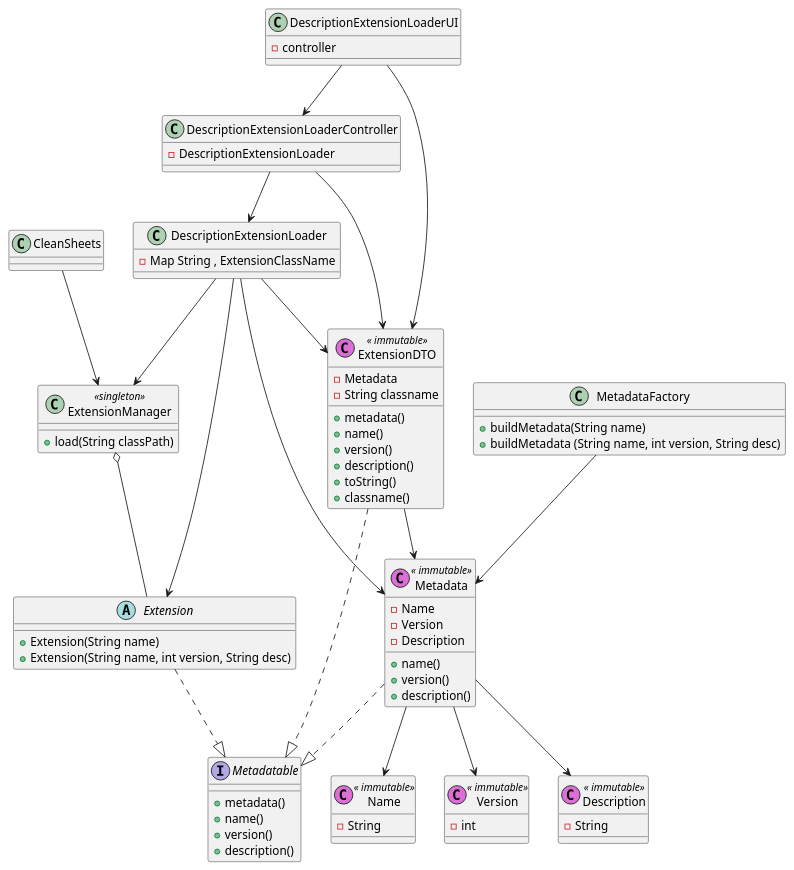
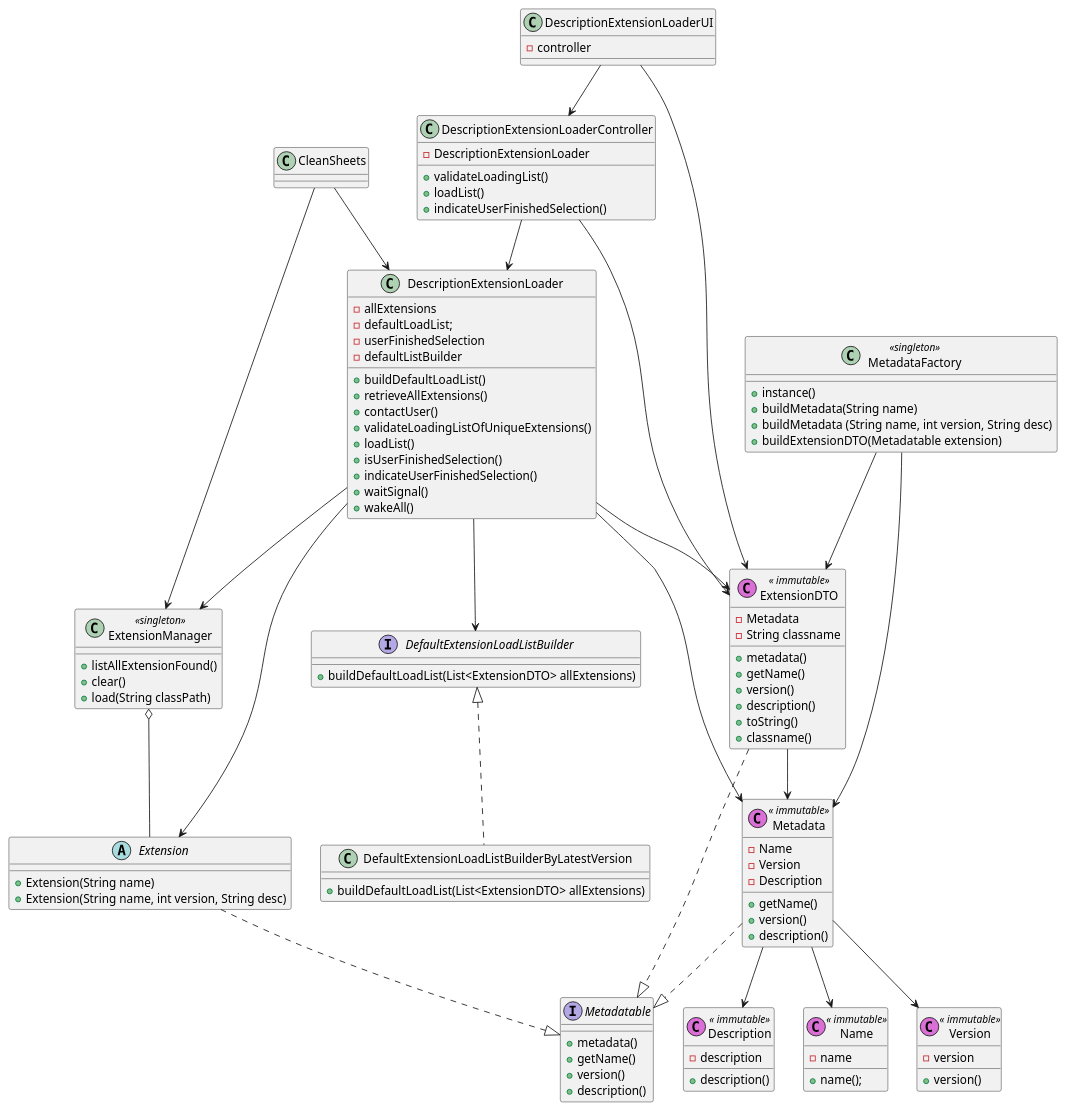
One commit to PeFerreira98/ISEP.Lic.LAPR4_2017 changed the diagram in src/main/java/lapr4/green/s2/core/n1970581/autodescriptionextensions/core01_2_03_design.puml. Above: the diagram before and after it, drawn with PlantUML. The commit also changed 4 other files, not shown here.

Commit message:
#LAPR4E17DL-160 #time 2h 30m Design documenting + cleanup #comment Core01.2 Design: finish documentation and polish diagrams.

```diff
--- a/src/main/java/lapr4/green/s2/core/n1970581/autodescriptionextensions/core01_2_03_design.puml
+++ b/src/main/java/lapr4/green/s2/core/n1970581/autodescriptionextensions/core01_2_03_design.puml
@@ -1,109 +1,147 @@
 @startuml  core01_2_03_design.png
 
 class CleanSheets {
  }
 class ExtensionManager << singleton >> {
+    + listAllExtensionFound()
+    + clear()
     + load(String classPath)
  }
 abstract class Extension {
     + Extension(String name)
     + Extension(String name, int version, String desc)
  }
 
 class DescriptionExtensionLoader {
-    - Map String , ExtensionClassName
+    - allExtensions
+    - defaultLoadList;
+    - userFinishedSelection
+    - defaultListBuilder
+    + buildDefaultLoadList()
+    + retrieveAllExtensions()
+    + contactUser()
+    + validateLoadingListOfUniqueExtensions()
+    + loadList()
+    + isUserFinishedSelection()
+    + indicateUserFinishedSelection()
+    + waitSignal()
+    + wakeAll()
  }
 
 class DescriptionExtensionLoaderUI {
     - controller
  }
 
 class DescriptionExtensionLoaderController {
   - DescriptionExtensionLoader
+    + validateLoadingList()
+    + loadList()
+    + indicateUserFinishedSelection()
  }
 
 interface Metadatable {
     + metadata()
-    + name()
+    + getName()
     + version()
     + description()
 }
 
 class Metadata << (C,orchid)  immutable >>{
  - Name
  - Version
  - Description
- + name()
+ + getName()
  + version()
  + description()
 }
 
 class Name << (C,orchid)  immutable >>{
- - String
+ - name
+ + name();
 }
 class Version << (C,orchid)  immutable >>{
- - int
+ - version
+ + version()
 }
 class Description << (C,orchid)  immutable >>{
- - String
+ - description
+ + description()
 }
-class MetadataFactory {
+class MetadataFactory << singleton >>{
+ + instance()
  + buildMetadata(String name)
  + buildMetadata (String name, int version, String desc)
+ + buildExtensionDTO(Metadatable extension)
 }
 
 class ExtensionDTO << (C,orchid)  immutable >>{
   - Metadata
   - String classname
   + metadata()
-  + name()
+  + getName()
   + version()
   + description()
   + toString()
   + classname()
 }
 
+interface DefaultExtensionLoadListBuilder{
+    + buildDefaultLoadList(List<ExtensionDTO> allExtensions)
+} 
 
+class DefaultExtensionLoadListBuilderByLatestVersion{
+    + buildDefaultLoadList(List<ExtensionDTO> allExtensions)
+}
 
 'DescriptionExtensionLoader
 'DescriptionExtensionLoaderUI
 'DescriptionExtensionLoaderController
 'Metadata
 'Name
 'Version
 'Description
 'MetadataFactory
 'ExtensionDTO
 'CleanSheets
 'ExtensionManager
 
 
 DescriptionExtensionLoaderController --> DescriptionExtensionLoader
 DescriptionExtensionLoaderUI --> DescriptionExtensionLoaderController
 DescriptionExtensionLoader --> ExtensionManager
 ExtensionManager o-- Extension
 
 DescriptionExtensionLoader --> Extension
 DescriptionExtensionLoader --> ExtensionDTO
 DescriptionExtensionLoader --> Metadata
 
 DescriptionExtensionLoaderUI --> ExtensionDTO
 DescriptionExtensionLoaderController --> ExtensionDTO
 
 CleanSheets --> ExtensionManager
 
 Metadata --> Name
 Metadata --> Version
 Metadata --> Description
 
 MetadataFactory --> Metadata
+MetadataFactory --> ExtensionDTO
 
 ExtensionDTO --> Metadata
 
 Extension ..|> Metadatable
 ExtensionDTO ..|> Metadatable
 Metadata ..|> Metadatable
 
+CleanSheets --> DescriptionExtensionLoader
+
+
+DescriptionExtensionLoader --> DefaultExtensionLoadListBuilder
+DefaultExtensionLoadListBuilder <|.. DefaultExtensionLoadListBuilderByLatestVersion
+'DefaultExtensionLoadListBuilder <-- DescriptionExtensionLoader
+
+'DescriptionExtensionLoader --> MetadataFactory
+'Extension --> MetadataFactory
 
 
 @enduml
```
